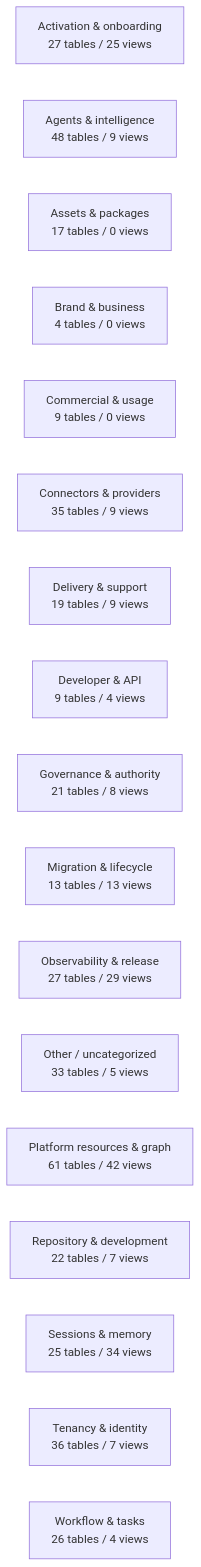
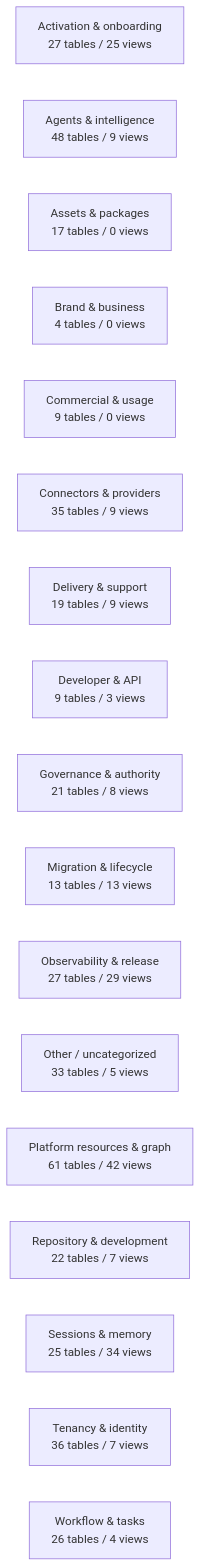
The diagram in docs/work-maps/data-model-domain-map.md (mad4bdigital-ai/multi-business-multi-role-growth-intelligence-os), drawn with Mermaid before and after one commit. The commit also changed other lines of this file and 6 other files, not shown here.

````diff
--- a/docs/work-maps/data-model-domain-map.md
+++ b/docs/work-maps/data-model-domain-map.md
@@ -9,20 +9,20 @@
 ```mermaid
 flowchart LR
   n_Activation___onboarding["Activation & onboarding<br/>27 tables / 25 views"]
   n_Agents___intelligence["Agents & intelligence<br/>48 tables / 9 views"]
   n_Assets___packages["Assets & packages<br/>17 tables / 0 views"]
   n_Brand___business["Brand & business<br/>4 tables / 0 views"]
   n_Commercial___usage["Commercial & usage<br/>9 tables / 0 views"]
   n_Connectors___providers["Connectors & providers<br/>35 tables / 9 views"]
   n_Delivery___support["Delivery & support<br/>19 tables / 9 views"]
-  n_Developer___API["Developer & API<br/>9 tables / 4 views"]
+  n_Developer___API["Developer & API<br/>9 tables / 3 views"]
   n_Governance___authority["Governance & authority<br/>21 tables / 8 views"]
   n_Migration___lifecycle["Migration & lifecycle<br/>13 tables / 13 views"]
   n_Observability___release["Observability & release<br/>27 tables / 29 views"]
   n_Other___uncategorized["Other / uncategorized<br/>33 tables / 5 views"]
   n_Platform_resources___graph["Platform resources & graph<br/>61 tables / 42 views"]
   n_Repository___development["Repository & development<br/>22 tables / 7 views"]
   n_Sessions___memory["Sessions & memory<br/>25 tables / 34 views"]
   n_Tenancy___identity["Tenancy & identity<br/>36 tables / 7 views"]
   n_Workflow___tasks["Workflow & tasks<br/>26 tables / 4 views"]
 ```
````
